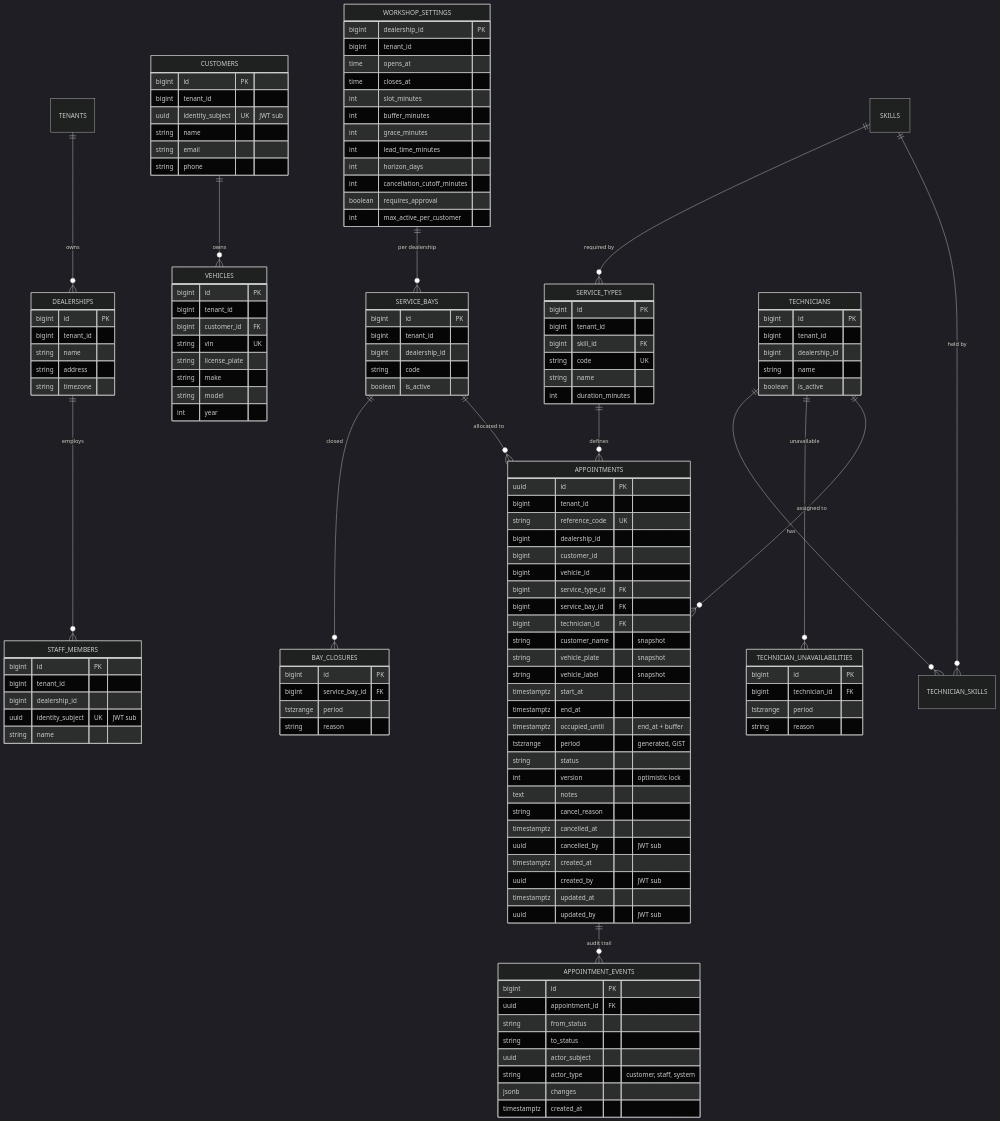
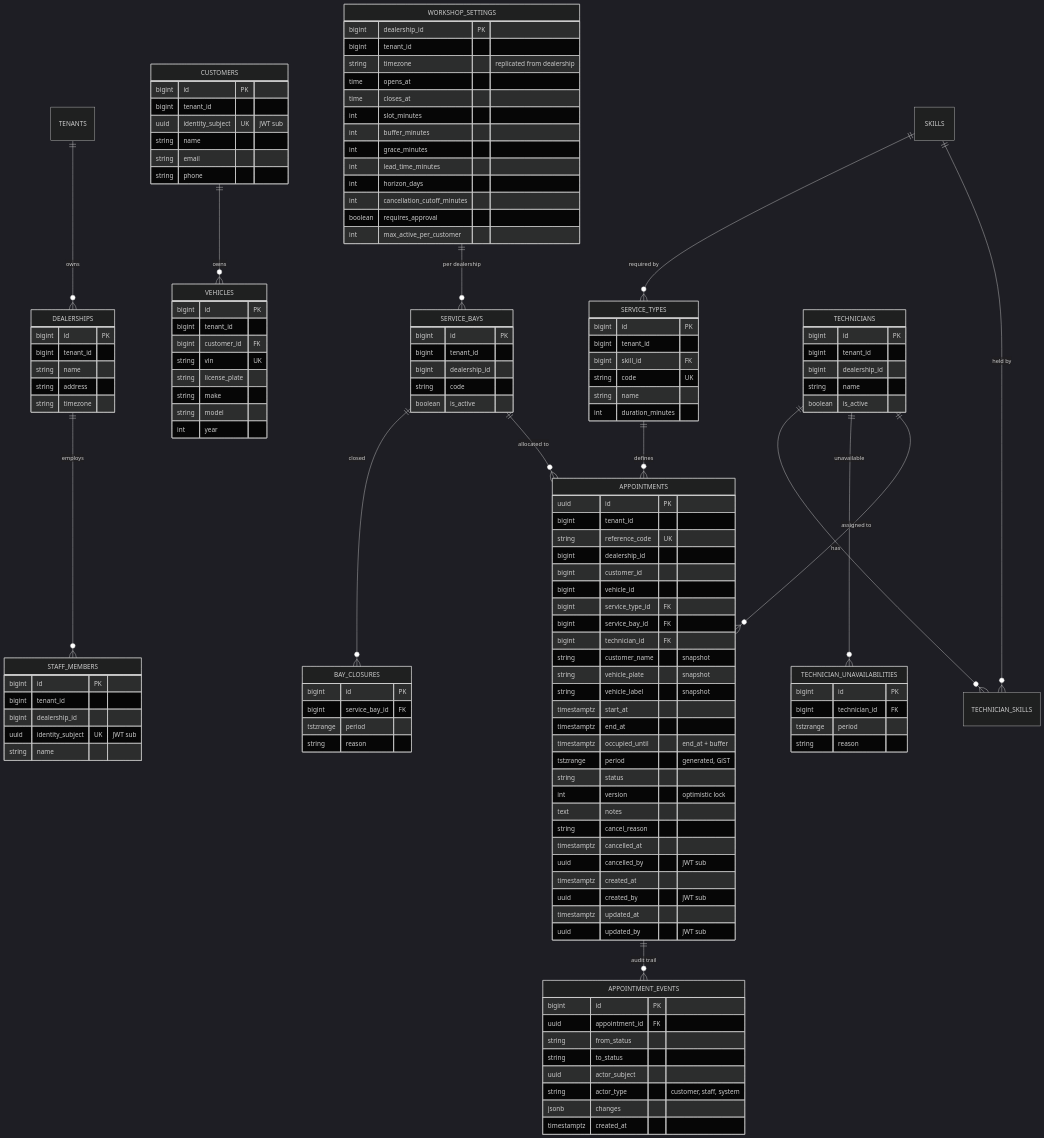
The third of 8 diagrams in SYSTEM_DESIGN.md (anhkhuong1306/the-unified-service-scheduler), drawn with Mermaid (dark theme) before and after one commit. The commit also changed other lines of this file and 1 other file, not shown here.

```diff
--- a/SYSTEM_DESIGN.md
+++ b/SYSTEM_DESIGN.md
@@ -278,6 +289,7 @@
     WORKSHOP_SETTINGS {
         bigint dealership_id PK
         bigint tenant_id
+        string timezone "replicated from dealership"
         time opens_at
         time closes_at
         int slot_minutes
```
